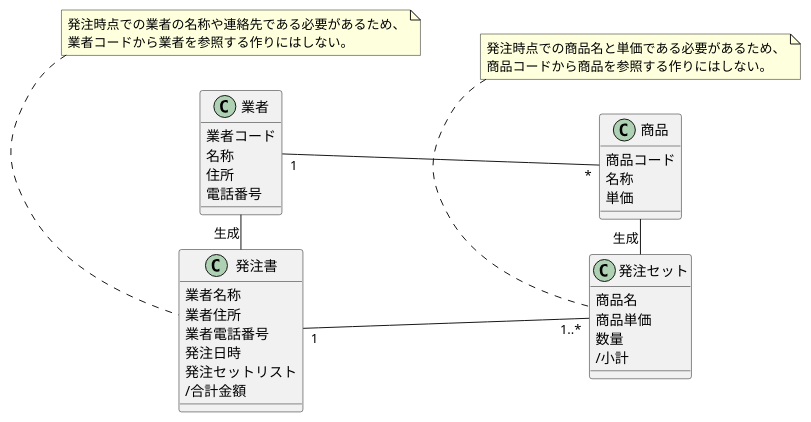
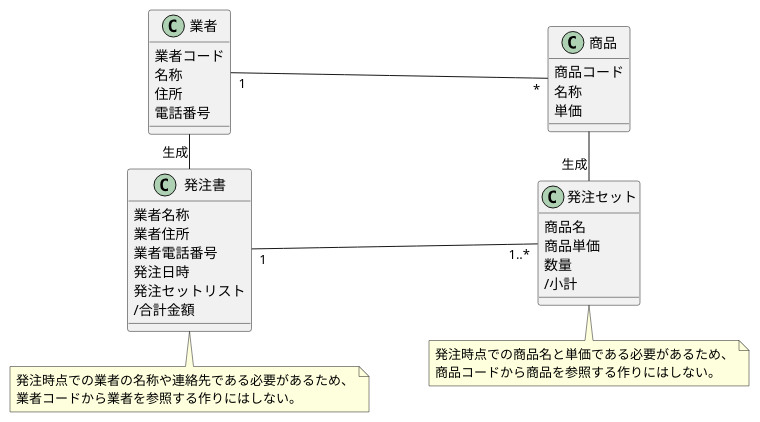
The diagram in docs/Diagrams/Classes.puml (YanaPIIDXer/PurchaseOrderSystem), drawn with PlantUML before and after one commit. The commit also changed 1 other file, not shown here.

```diff
--- a/docs/Diagrams/Classes.puml
+++ b/docs/Diagrams/Classes.puml
@@ -1,45 +1,45 @@
 @startuml Classes
 left to right direction
 
 class 業者 {
     業者コード
     名称
     住所
     電話番号
 }
 
 class 商品 {
     商品コード
     名称
     単価
 }
 
 class 発注セット {
     商品名
     商品単価
     数量
     /小計
 }
-note top of 発注セット
+note bottom of 発注セット
     発注時点での商品名と単価である必要があるため、
     商品コードから商品を参照する作りにはしない。
 end note
 
 class 発注書 {
     業者名称
     業者住所
     業者電話番号
     発注日時
     発注セットリスト
     /合計金額
 }
-note top of 発注書
+note bottom of 発注書
     発注時点での業者の名称や連絡先である必要があるため、
     業者コードから業者を参照する作りにはしない。
 end note
 
 業者 "1" -- "*" 商品
 発注書 "1" -- "1..*" 発注セット
 業者 - "生成" 発注書
 商品 - "生成" 発注セット
 @end
```
